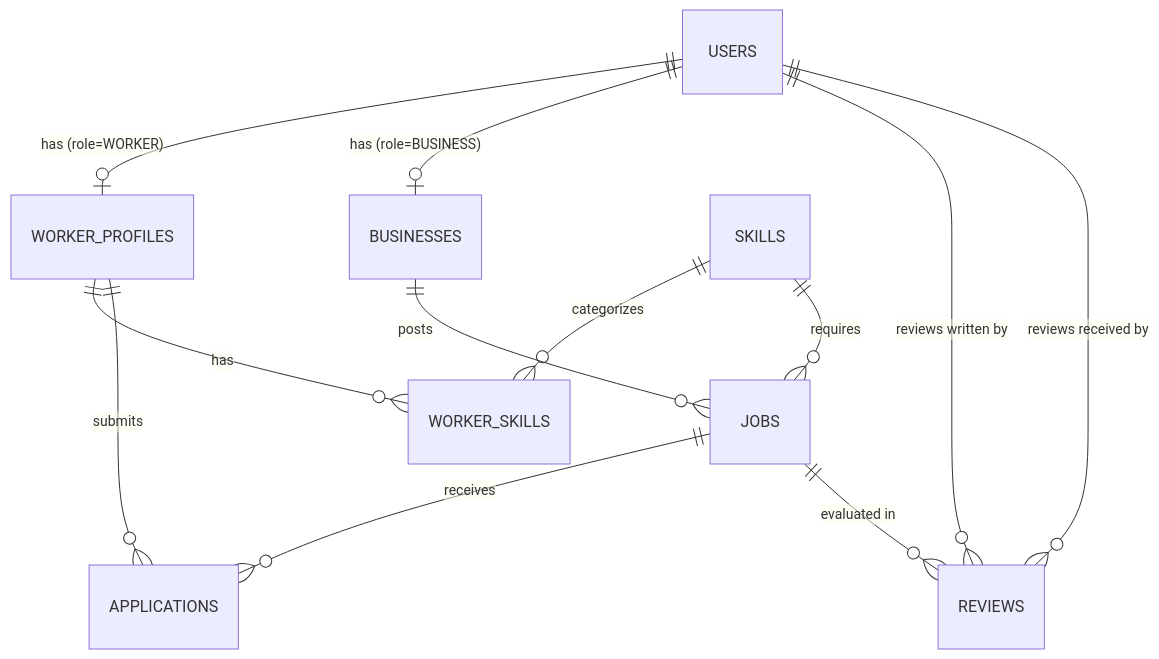
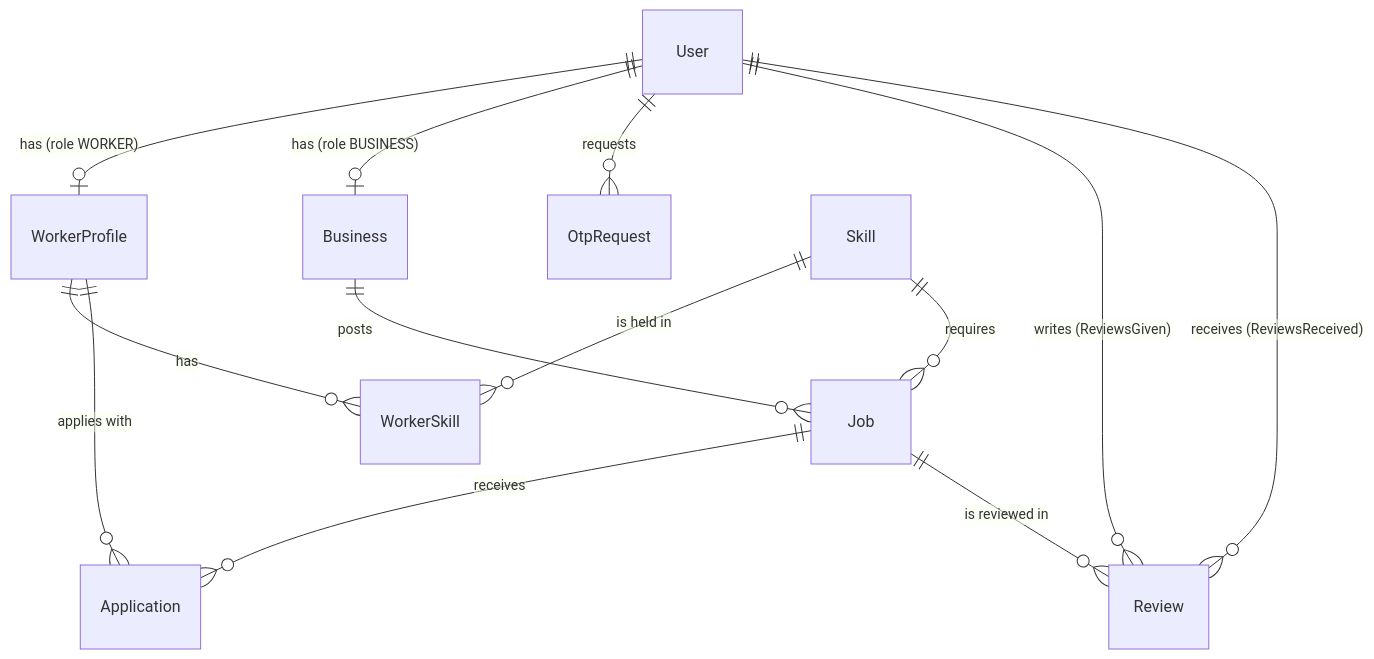
One commit to parulg5533/Kaamsetu changed the diagram in DATABASE.md. Above: the diagram before and after it, drawn with Mermaid. The commit also changed other lines of this file and 74 other files, not shown here.

````diff
--- a/DATABASE.md
+++ b/DATABASE.md
@@ -10,18 +13,15 @@
 ```mermaid
 erDiagram
-    USERS ||--o| WORKER_PROFILES : "has (role=WORKER)"
-    USERS ||--o| BUSINESSES : "has (role=BUSINESS)"
-    USERS ||--o{ REVIEWS : "reviews written by"
-    USERS ||--o{ REVIEWS : "reviews received by"
-    
-    WORKER_PROFILES ||--o{ WORKER_SKILLS : "has"
-    SKILLS ||--o{ WORKER_SKILLS : "categorizes"
-    
-    BUSINESSES ||--o{ JOBS : "posts"
-    SKILLS ||--o{ JOBS : "requires"
-    
-    JOBS ||--o{ APPLICATIONS : "receives"
-    WORKER_PROFILES ||--o{ APPLICATIONS : "submits"
-    
-    JOBS ||--o{ REVIEWS : "evaluated in"
+    User ||--o| WorkerProfile : "has (role WORKER)"
+    User ||--o| Business : "has (role BUSINESS)"
+    User ||--o{ OtpRequest : "requests"
+    User ||--o{ Review : "writes (ReviewsGiven)"
+    User ||--o{ Review : "receives (ReviewsReceived)"
+    WorkerProfile ||--o{ WorkerSkill : "has"
+    Skill ||--o{ WorkerSkill : "is held in"
+    Skill ||--o{ Job : "requires"
+    Business ||--o{ Job : "posts"
+    Job ||--o{ Application : "receives"
+    WorkerProfile ||--o{ Application : "applies with"
+    Job ||--o{ Review : "is reviewed in"
 ```
````
